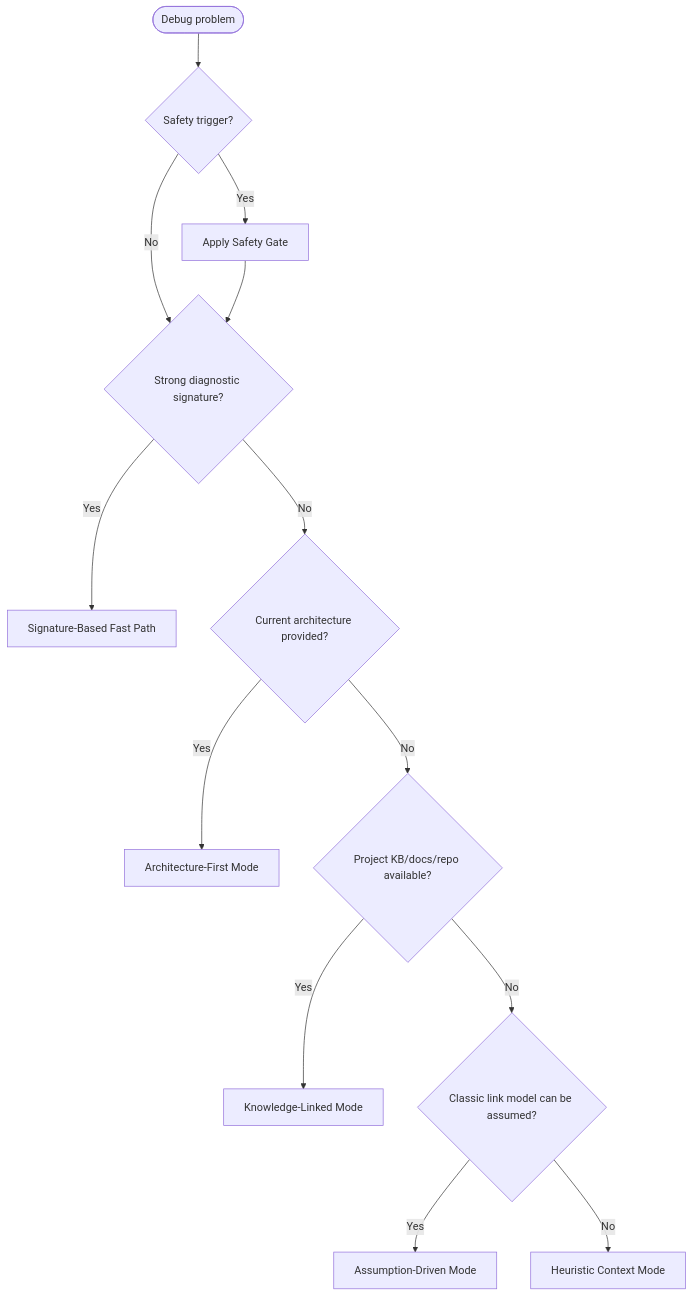
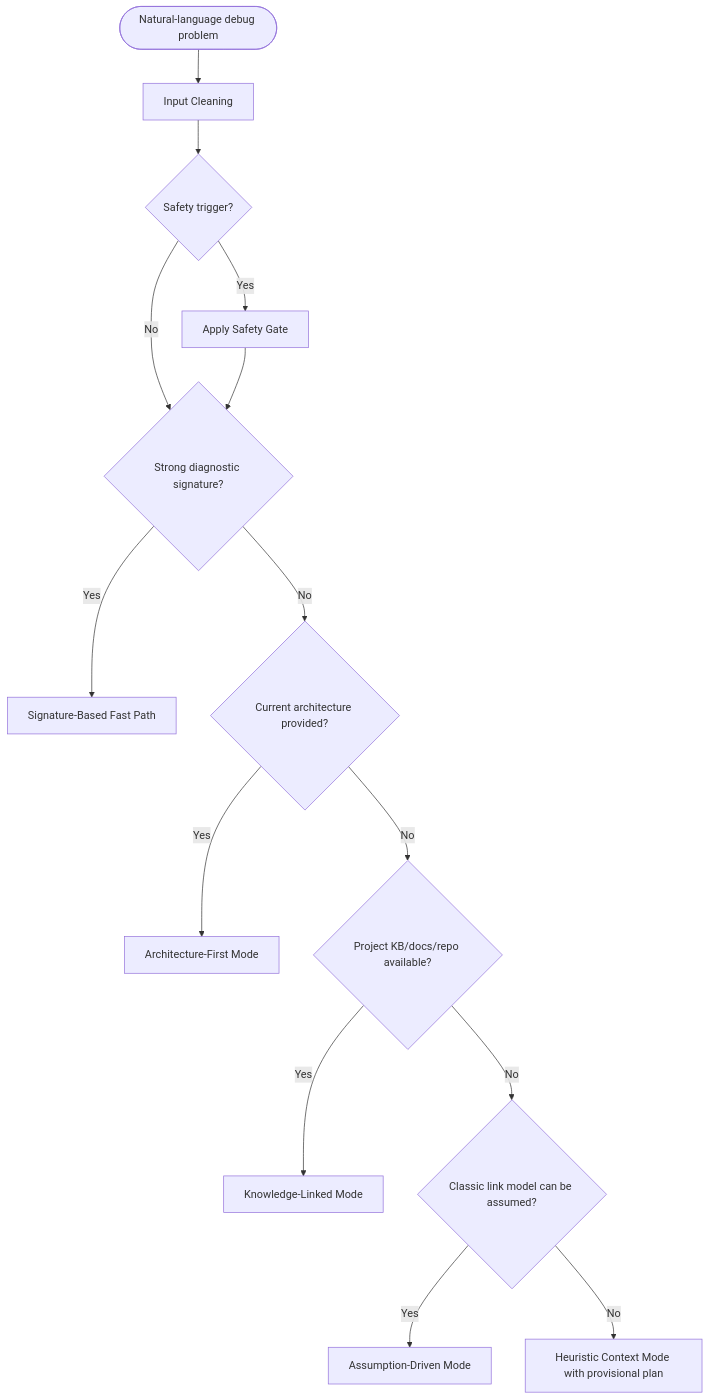
The diagram in routing/mode_router.md (joyhpc/DebugTool), drawn with Mermaid before and after one commit. The commit also changed other lines of this file and 22 other files, not shown here.

Commit message:
Harden natural language debug flow

````diff
--- a/routing/mode_router.md
+++ b/routing/mode_router.md
@@ -5,15 +5,16 @@
 ```mermaid
 flowchart TD
-S([Debug problem]) --> D0{Safety trigger?}
+S([Natural-language debug problem]) --> C0[Input Cleaning]
+C0 --> D0{Safety trigger?}
 D0 -- Yes --> A0[Apply Safety Gate]
 D0 -- No --> D1{Strong diagnostic signature?}
 A0 --> D1
 D1 -- Yes --> M1[Signature-Based Fast Path]
 D1 -- No --> D2{Current architecture provided?}
 D2 -- Yes --> M2[Architecture-First Mode]
 D2 -- No --> D3{Project KB/docs/repo available?}
 D3 -- Yes --> M3[Knowledge-Linked Mode]
 D3 -- No --> D4{Classic link model can be assumed?}
 D4 -- Yes --> M4[Assumption-Driven Mode]
-D4 -- No --> M5[Heuristic Context Mode]
+D4 -- No --> M5[Heuristic Context Mode with provisional plan]
 ```
````
